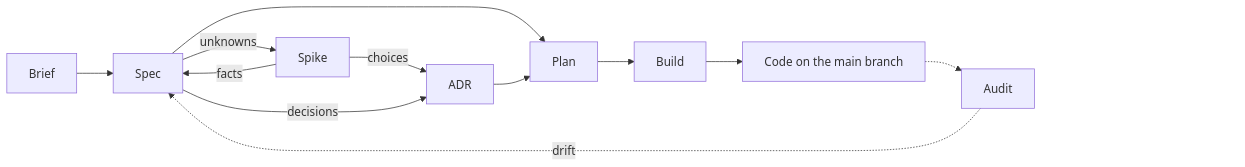
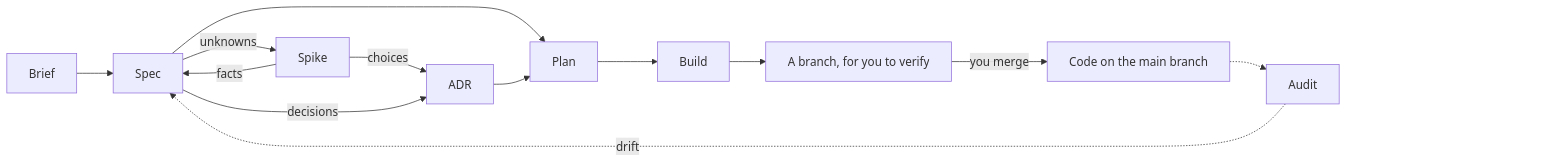
Before and after one commit to michaelmarconi/agentic-engineering: the diagram in README.md, drawn with Mermaid. The commit also changed other lines of this file and 5 other files, not shown here.

First line of the commit message:
Describe /build as built: it hands a branch back and never merges

````diff
--- a/README.md
+++ b/README.md
@@ -95,16 +95,17 @@
 ```mermaid
 flowchart LR
     Brief --> Spec
     Spec -->|unknowns| Spike
     Spike -->|facts| Spec
     Spike -->|choices| ADR
     Spec -->|decisions| ADR
     Spec --> Plan
     ADR --> Plan
     Plan --> Build
-    Build --> Code[Code on the main branch]
+    Build --> Branch[A branch, for you to verify]
+    Branch -->|you merge| Code[Code on the main branch]
     Code -.-> Audit
     Audit -.->|drift| Spec
     Audit ~~~ Pad["#nbsp;#nbsp;#nbsp;#nbsp;#nbsp;#nbsp;#nbsp;#nbsp;#nbsp;#nbsp;#nbsp;#nbsp;#nbsp;#nbsp;#nbsp;#nbsp;#nbsp;#nbsp;#nbsp;#nbsp;#nbsp;#nbsp;#nbsp;#nbsp;#nbsp;#nbsp;#nbsp;#nbsp;#nbsp;#nbsp;#nbsp;#nbsp;#nbsp;#nbsp;#nbsp;#nbsp;#nbsp;#nbsp;#nbsp;#nbsp;"]
     style Pad fill:none,stroke:none
 ```
````
